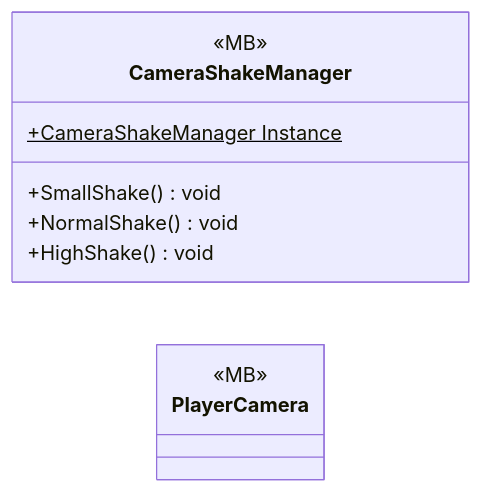
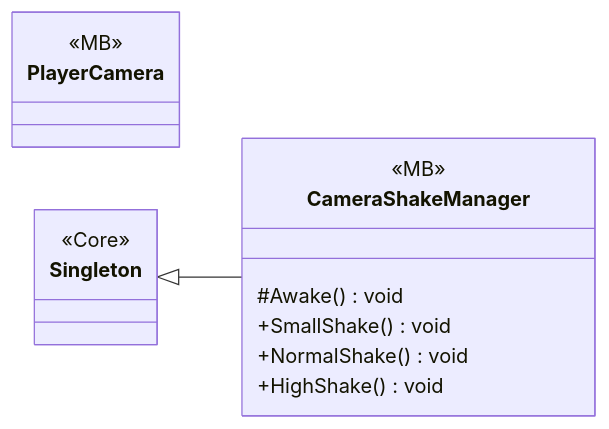
The diagram in docs/uml/modules/Gameplay_MainCameras.md (PhumipatWave/project-ocean), drawn with Mermaid before and after one commit. The commit also changed other lines of this file and 71 other files, not shown here.

Commit message:
Update UML diagrams

````diff
--- a/docs/uml/modules/Gameplay_MainCameras.md
+++ b/docs/uml/modules/Gameplay_MainCameras.md
@@ -7,14 +7,18 @@
 ```mermaid
 classDiagram
   direction LR
   class CameraShakeManager {
     <<MB>>
-    +CameraShakeManager Instance$
+    #Awake() void
     +SmallShake() void
     +NormalShake() void
     +HighShake() void
   }
   class PlayerCamera {
     <<MB>>
   }
+  class Singleton {
+    <<Core>>
+  }
+  Singleton <|-- CameraShakeManager
 ```
````
